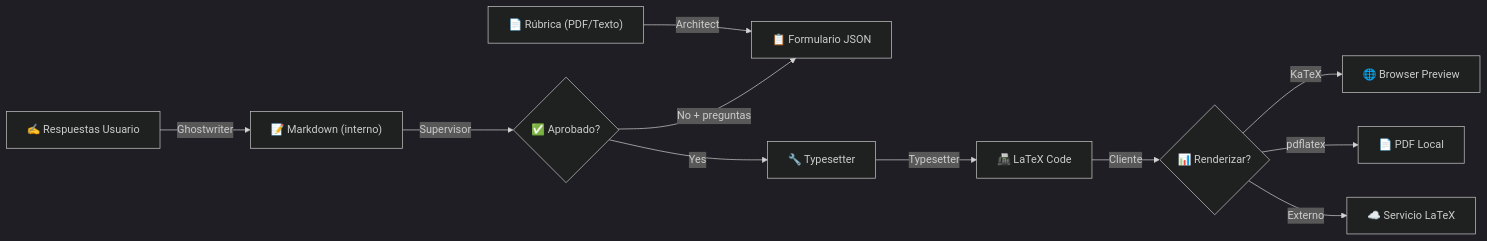
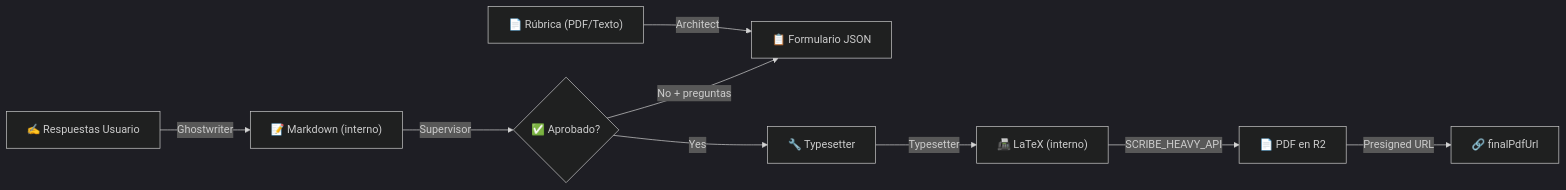
Before and after one commit to JuanCamiloGrA/classmate-api: the diagram in docs/scribe/SCRIBE_FLOW_EXPLANATION.md, drawn with Mermaid (dark theme). The commit also changed other lines of this file and 11 other files, not shown here.

First line of the commit message:
feat: integrate PDF generation into Scribe workflow

````diff
--- a/docs/scribe/SCRIBE_FLOW_EXPLANATION.md
+++ b/docs/scribe/SCRIBE_FLOW_EXPLANATION.md
@@ -639,13 +702,11 @@
 ```mermaid
 graph LR
     A["📄 Rúbrica (PDF/Texto)"] -->|Architect| B["📋 Formulario JSON"]
     C["✍️ Respuestas Usuario"] -->|Ghostwriter| D["📝 Markdown (interno)"]
     D -->|Supervisor| E{"✅ Aprobado?"}
     E -->|No + preguntas| B
     E -->|Yes| F["🔧 Typesetter"]
-    F -->|Typesetter| G["📠 LaTeX Code"]
-    G -->|Cliente| H{"📊 Renderizar?"}
-    H -->|KaTeX| I["🌐 Browser Preview"]
-    H -->|pdflatex| J["📄 PDF Local"]
-    H -->|Externo| K["☁️ Servicio LaTeX"]
+    F -->|Typesetter| G["📠 LaTeX (interno)"]
+    G -->|SCRIBE_HEAVY_API| H["📄 PDF en R2"]
+    H -->|Presigned URL| I["🔗 finalPdfUrl"]
 ```
````
